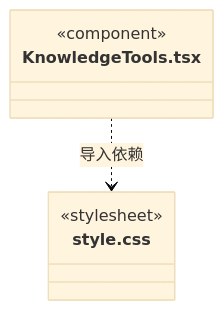
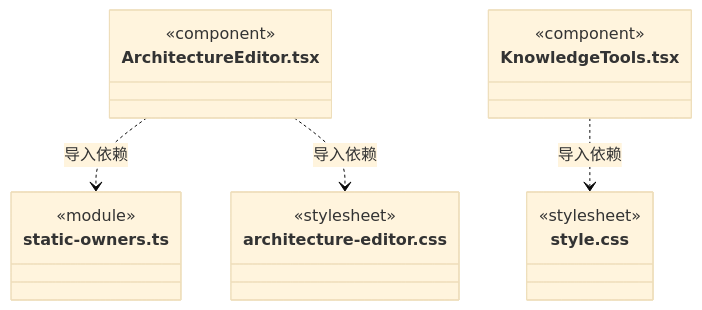
The seventh of 7 diagrams in src/frontend/knowledge/ARCHITECTURE.md (nan023062/cbim), drawn with Mermaid (base theme) before and after one commit. The commit also changed other lines of this file and 240 other files, not shown here.

````diff
--- a/src/frontend/knowledge/ARCHITECTURE.md
+++ b/src/frontend/knowledge/ARCHITECTURE.md
@@ -40,10 +102,21 @@
 ```mermaid
 classDiagram
+class N_src_frontend_knowledge_ArchitectureEditor_tsx["ArchitectureEditor.tsx"] {
+  <<component>>
+}
+class N_src_frontend_knowledge_static_owners_ts["static-owners.ts"] {
+  <<module>>
+}
+class N_src_frontend_knowledge_architecture_editor_css["architecture-editor.css"] {
+  <<stylesheet>>
+}
 class N_src_frontend_knowledge_KnowledgeTools_tsx["KnowledgeTools.tsx"] {
   <<component>>
 }
 class N_src_frontend_knowledge_style_css["style.css"] {
   <<stylesheet>>
 }
+N_src_frontend_knowledge_ArchitectureEditor_tsx ..> N_src_frontend_knowledge_static_owners_ts : 导入依赖
+N_src_frontend_knowledge_ArchitectureEditor_tsx ..> N_src_frontend_knowledge_architecture_editor_css : 导入依赖
 N_src_frontend_knowledge_KnowledgeTools_tsx ..> N_src_frontend_knowledge_style_css : 导入依赖
 ```
````
